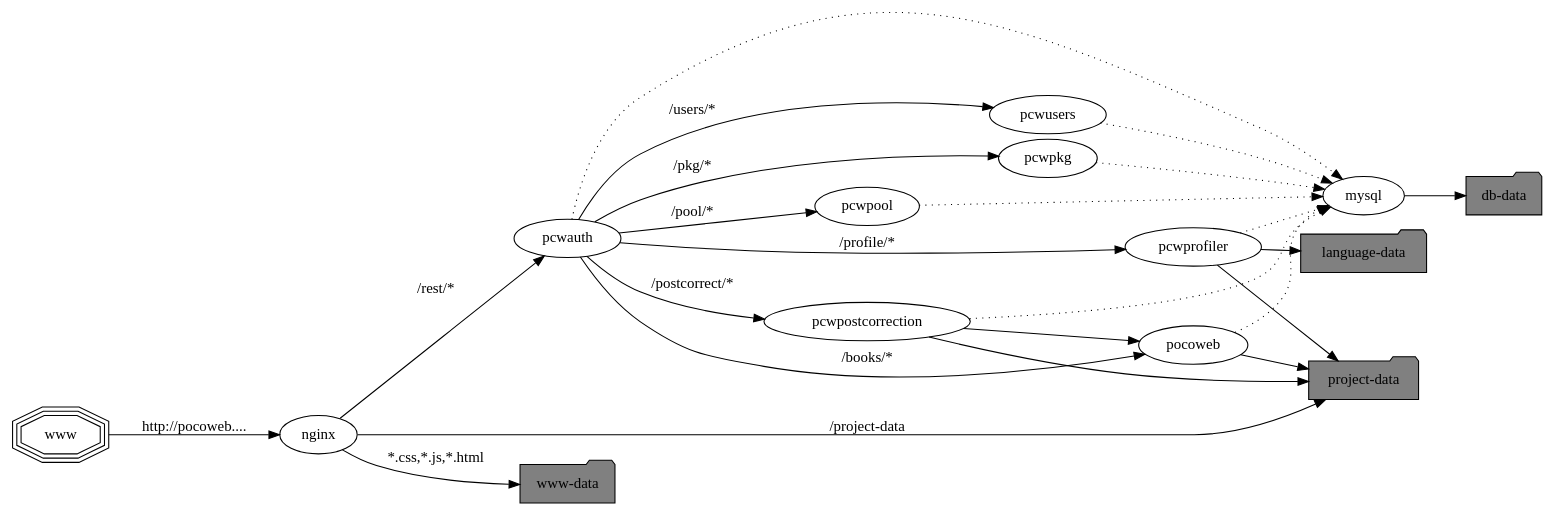
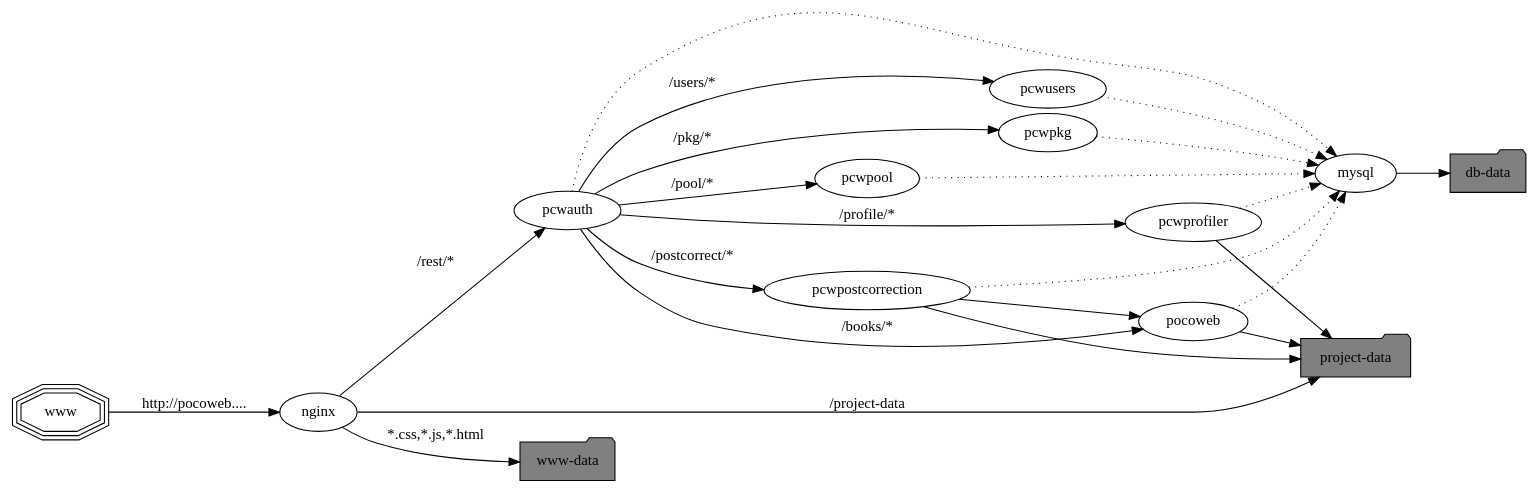
One commit to cisocrgroup/pocoweb changed the diagram in frontend/public_html/assets/images/doc/overview.dot. Above: the diagram before and after it, drawn with Graphviz. The commit also changed 1 other file, not shown here.

```diff
--- a/frontend/public_html/assets/images/doc/overview.dot
+++ b/frontend/public_html/assets/images/doc/overview.dot
@@ -1,42 +1,40 @@
 digraph ov {
  rankdir=LR;
  www [shape=tripleoctagon]
  nginx
  pocoweb
  mysql
  pcwauth
  pcwusers
  pcwprofiler
  pcwpostcorrection
  pcwpkg
  pcwpool
+
  wwwd [label="www-data" shape=folder fillcolor=gray style=filled]
  projectd [label="project-data" shape=folder fillcolor=gray style=filled]
- languaged [label="language-data" shape=folder fillcolor=gray style=filled]
- /*ocrd [label="ocr-data" shape=folder fillcolor=gray style=filled]*/
  dbd [label="db-data" shape=folder fillcolor=gray style=filled]
 
  www -> nginx [label="http://pocoweb...."]
  nginx -> pcwauth [label="/rest/*"]
  nginx -> projectd [label="/project-data"]
  nginx -> wwwd [label="*.css,*.js,*.html"]
  pocoweb -> mysql [style=dotted]
  pocoweb -> projectd
  pcwauth -> pocoweb [label="/books/*"]
  pcwauth -> pcwusers [label="/users/*"]
  pcwauth -> pcwprofiler [label="/profile/*"]
  pcwauth -> pcwpostcorrection [label="/postcorrect/*"]
  pcwauth -> pcwpkg [label="/pkg/*"]
  pcwauth -> pcwpool [label="/pool/*"]
  pcwauth -> mysql [style=dotted]
- pcwprofiler -> languaged
  pcwprofiler -> projectd
  pcwprofiler -> mysql [style=dotted]
  pcwpostcorrection -> projectd
  pcwpostcorrection -> pocoweb
  pcwpostcorrection -> mysql [style=dotted]
  pcwusers -> mysql [style=dotted]
  mysql -> dbd
  pcwpkg -> mysql [style=dotted]
  pcwpool -> mysql [style=dotted]
 }
```
